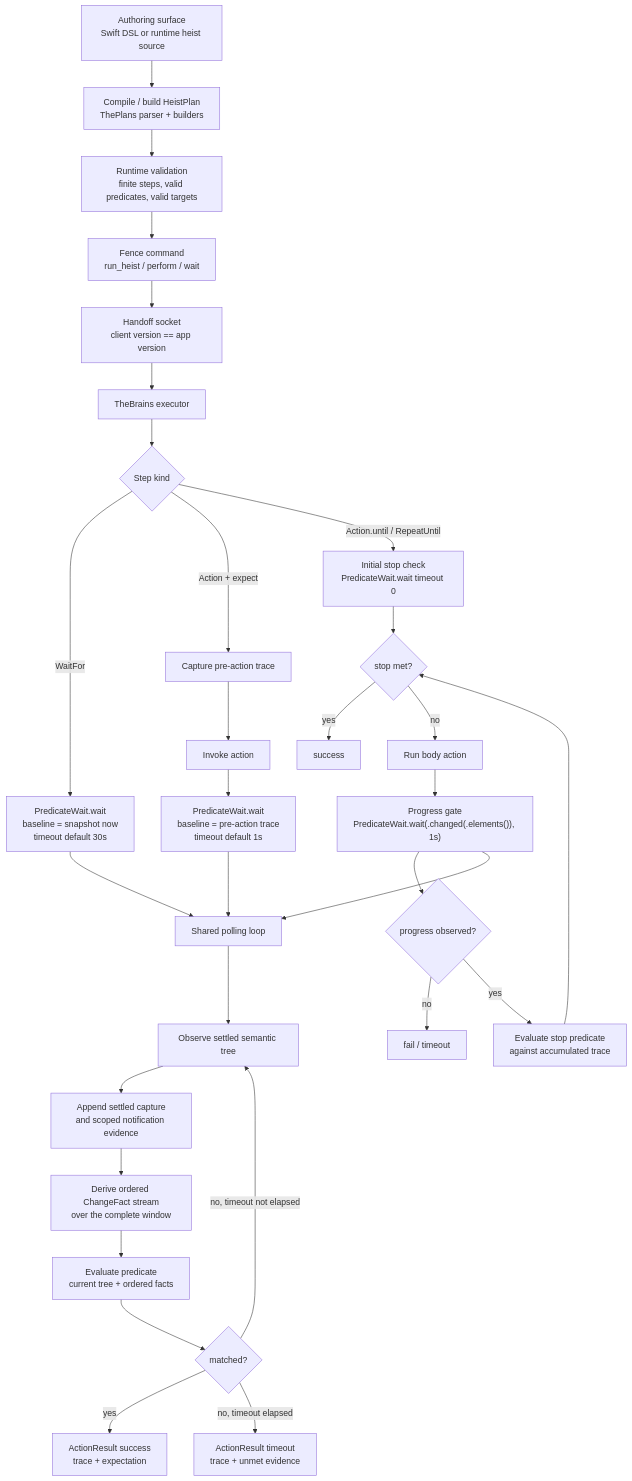
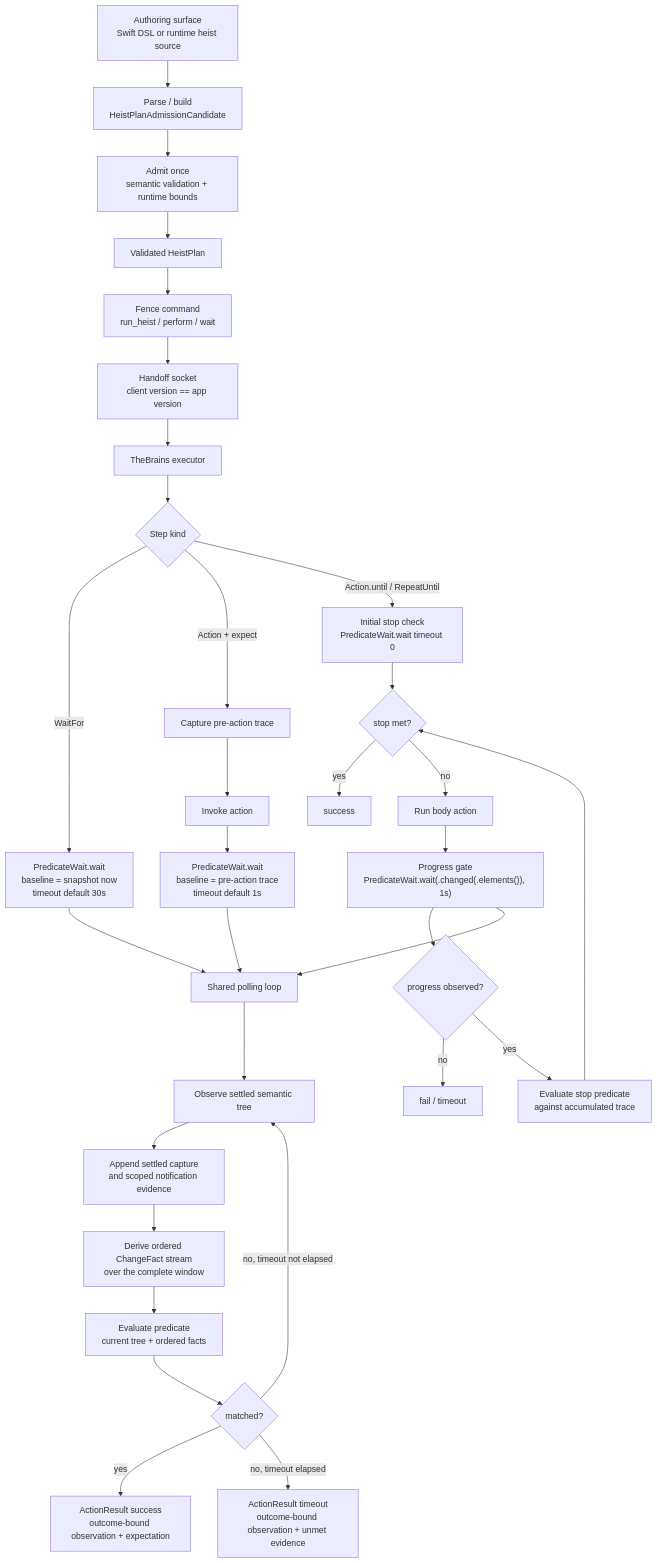
Before and after one commit to RoyalPineapple/TheButtonHeist: the diagram in docs/ARCHITECTURE.md, drawn with Mermaid. The commit also changed other lines of this file and 4 other files, not shown here.

Commit message:
Align architecture docs with assembled contracts

````diff
--- a/docs/ARCHITECTURE.md
+++ b/docs/ARCHITECTURE.md
@@ -241,39 +250,40 @@
 ```mermaid
 flowchart TD
-    Author["Authoring surface<br/>Swift DSL or runtime heist source"] --> Compile["Compile / build HeistPlan<br/>ThePlans parser + builders"]
-    Compile --> Validate["Runtime validation<br/>finite steps, valid predicates, valid targets"]
-    Validate --> FenceCommand["Fence command<br/>run_heist / perform / wait"]
+    Author["Authoring surface<br/>Swift DSL or runtime heist source"] --> Compile["Parse / build<br/>HeistPlanAdmissionCandidate"]
+    Compile --> Validate["Admit once<br/>semantic validation + runtime bounds"]
+    Validate --> Plan["Validated HeistPlan"]
+    Plan --> FenceCommand["Fence command<br/>run_heist / perform / wait"]
     FenceCommand --> HandoffSocket["Handoff socket<br/>client version == app version"]
     HandoffSocket --> Executor["TheBrains executor"]
 
     Executor --> StepKind{"Step kind"}
 
     StepKind -->|WaitFor| WaitForPath["PredicateWait.wait<br/>baseline = snapshot now<br/>timeout default 30s"]
 
     StepKind -->|Action + expect| PreAction["Capture pre-action trace"]
     PreAction --> Invoke["Invoke action"]
     Invoke --> ExpectPath["PredicateWait.wait<br/>baseline = pre-action trace<br/>timeout default 1s"]
 
     StepKind -->|Action.until / RepeatUntil| InitialStop["Initial stop check<br/>PredicateWait.wait timeout 0"]
     InitialStop --> StopMet{"stop met?"}
     StopMet -->|yes| Done["success"]
     StopMet -->|no| RunBody["Run body action"]
     RunBody --> ProgressGate["Progress gate<br/>PredicateWait.wait(.changed(.elements()), 1s)"]
     ProgressGate --> ProgressObserved{"progress observed?"}
     ProgressObserved -->|no| Fail["fail / timeout"]
     ProgressObserved -->|yes| EvaluateStop["Evaluate stop predicate<br/>against accumulated trace"]
     EvaluateStop --> StopMet
 
     WaitForPath --> Poll["Shared polling loop"]
     ExpectPath --> Poll
     ProgressGate --> Poll
 
     Poll --> Observe["Observe settled semantic tree"]
     Observe --> Append["Append settled capture<br/>and scoped notification evidence"]
     Append --> Accumulate["Derive ordered ChangeFact stream<br/>over the complete window"]
     Accumulate --> Evaluate["Evaluate predicate<br/>current tree + ordered facts"]
     Evaluate --> Matched{"matched?"}
-    Matched -->|yes| Success["ActionResult success<br/>trace + expectation"]
+    Matched -->|yes| Success["ActionResult success<br/>outcome-bound observation + expectation"]
     Matched -->|no, timeout not elapsed| Observe
-    Matched -->|no, timeout elapsed| Timeout["ActionResult timeout<br/>trace + unmet evidence"]
+    Matched -->|no, timeout elapsed| Timeout["ActionResult timeout<br/>outcome-bound observation + unmet evidence"]
 ```
````
